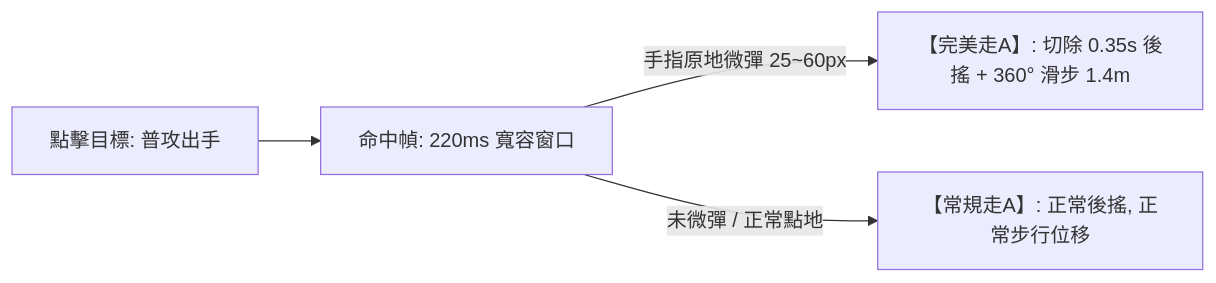
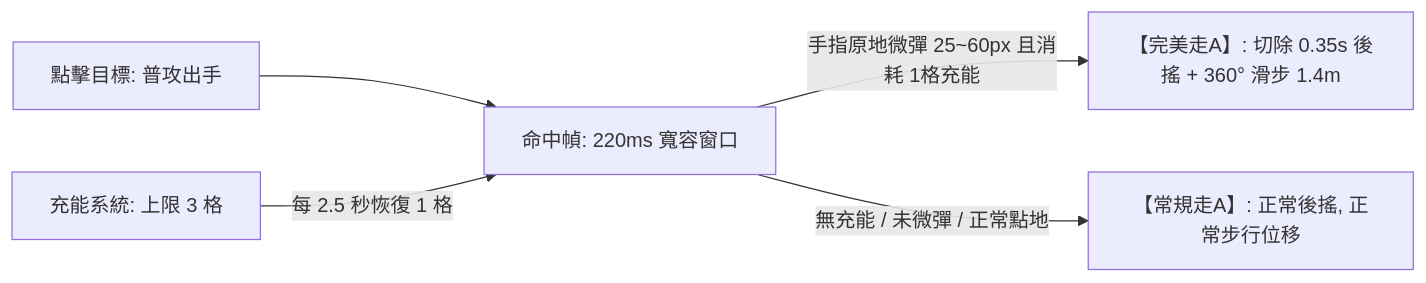
Before and after one commit to 9gf6p4448m-del/vow3d: the first of 3 diagrams in README.md, drawn with Mermaid. The commit also changed other lines of this file and 1 other file, not shown here.

````diff
--- a/README.md
+++ b/README.md
@@ -26,6 +26,7 @@
 ```mermaid
 graph LR
     A[點擊目標: 普攻出手] --> B[命中幀: 220ms 寬容窗口]
-    B -->|手指原地微彈 25~60px| C[【完美走A】: 切除 0.35s 後搖 + 360° 滑步 1.4m]
-    B -->|未微彈 / 正常點地| D[【常規走A】: 正常後搖, 正常步行位移]
+    B -->|手指原地微彈 25~60px 且消耗 1格充能| C[【完美走A】: 切除 0.35s 後搖 + 360° 滑步 1.4m]
+    B -->|無充能 / 未微彈 / 正常點地| D[【常規走A】: 正常後搖, 正常步行位移]
+    E[充能系統: 上限 3 格] -->|每 2.5 秒恢復 1 格| B
 ```
````
